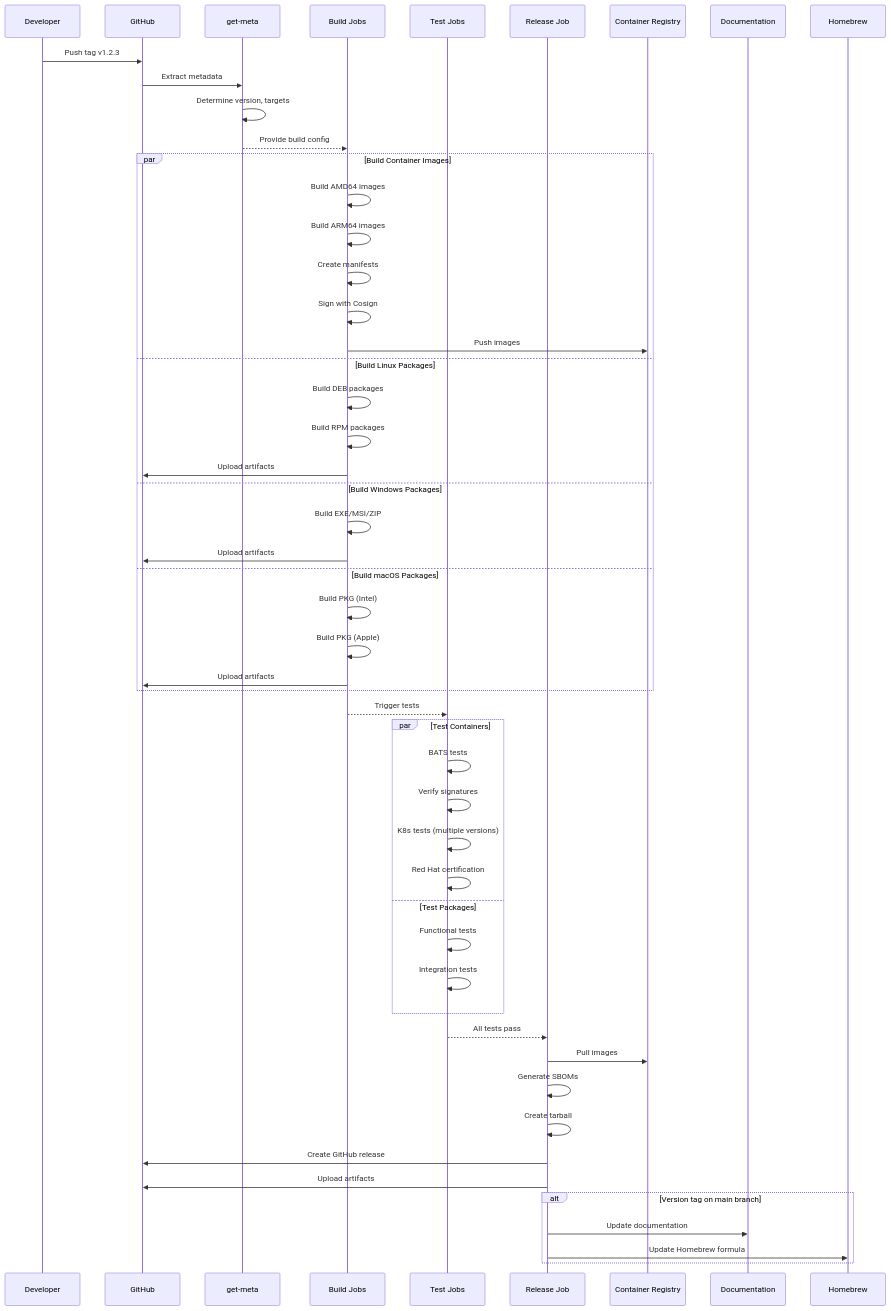
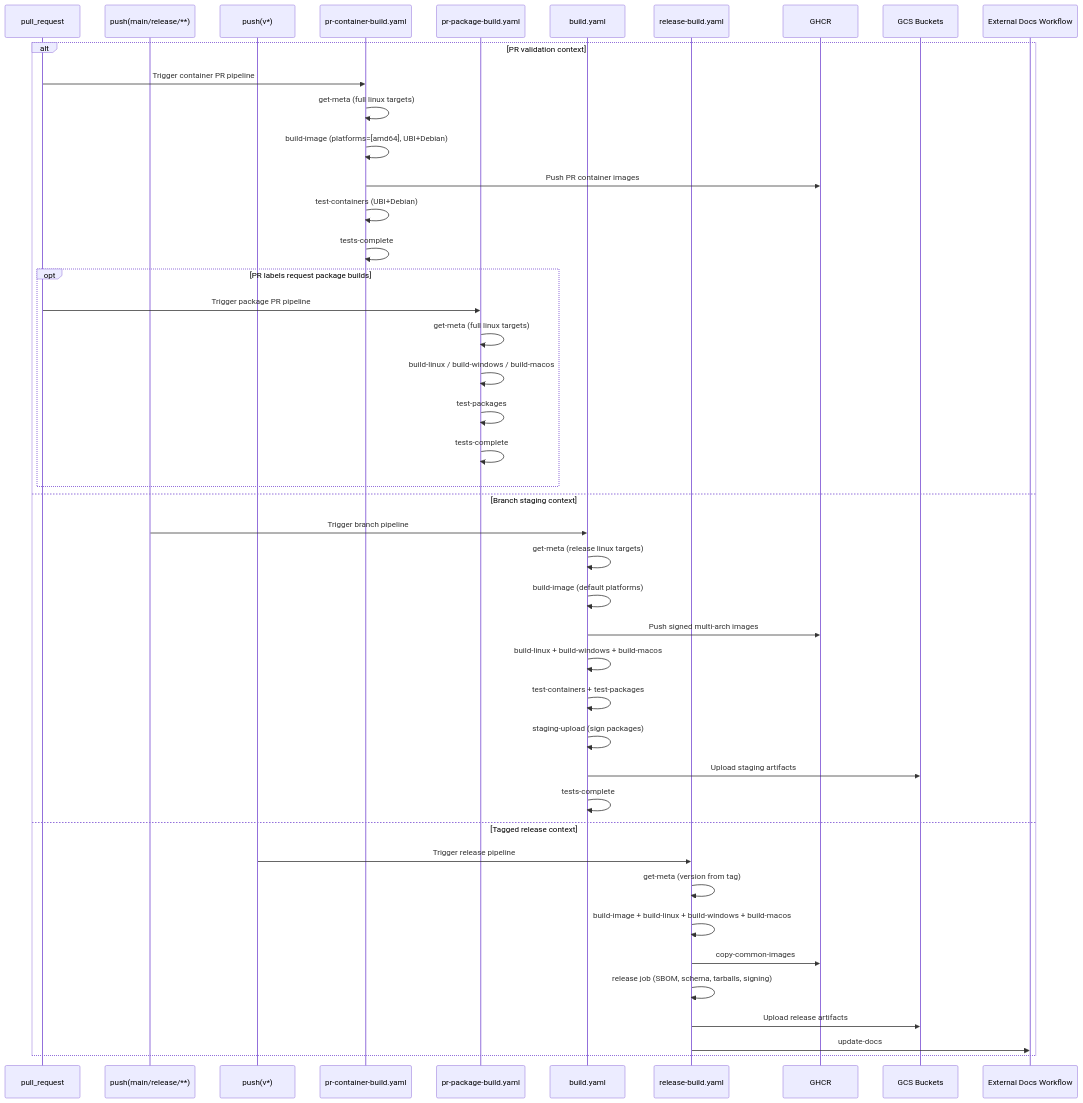
The first of 4 diagrams in .github/workflows/README.md (JackPGreen/agent), drawn with Mermaid before and after one commit. The commit also changed other lines of this file and 30 other files, not shown here.

````diff
--- a/.github/workflows/README.md
+++ b/.github/workflows/README.md
@@ -591,61 +910,47 @@
 ```mermaid
 sequenceDiagram
-    participant Dev as Developer
-    participant GH as GitHub
-    participant Meta as get-meta
-    participant Build as Build Jobs
-    participant Test as Test Jobs
-    participant Release as Release Job
-    participant Registry as Container Registry
-    participant Docs as Documentation
-    participant Brew as Homebrew
+  participant PR as pull_request
+  participant Push as push(main/release/**)
+  participant Tag as push(v*)
+  participant PRContainer as pr-container-build.yaml
+  participant PRPackage as pr-package-build.yaml
+  participant BranchBuild as build.yaml
+  participant RelBuild as release-build.yaml
+  participant Registry as GHCR
+  participant GCS as GCS Buckets
+  participant Docs as External Docs Workflow
 
-    Dev->>GH: Push tag v1.2.3
-    GH->>Meta: Extract metadata
-    Meta->>Meta: Determine version, targets
-    Meta-->>Build: Provide build config
-    
-    par Build Container Images
-        Build->>Build: Build AMD64 images
-        Build->>Build: Build ARM64 images
-        Build->>Build: Create manifests
-        Build->>Build: Sign with Cosign
-        Build->>Registry: Push images
-    and Build Linux Packages
-        Build->>Build: Build DEB packages
-        Build->>Build: Build RPM packages
-        Build->>GH: Upload artifacts
-    and Build Windows Packages
-        Build->>Build: Build EXE/MSI/ZIP
-        Build->>GH: Upload artifacts
-    and Build macOS Packages
-        Build->>Build: Build PKG (Intel)
-        Build->>Build: Build PKG (Apple)
-        Build->>GH: Upload artifacts
+  alt PR validation context
+    PR->>PRContainer: Trigger container PR pipeline
+    PRContainer->>PRContainer: get-meta (full linux targets)
+    PRContainer->>PRContainer: build-image (platforms=[amd64], UBI+Debian)
+    PRContainer->>Registry: Push PR container images
+    PRContainer->>PRContainer: test-containers (UBI+Debian)
+    PRContainer->>PRContainer: tests-complete
+    opt PR labels request package builds
+      PR->>PRPackage: Trigger package PR pipeline
+      PRPackage->>PRPackage: get-meta (full linux targets)
+      PRPackage->>PRPackage: build-linux / build-windows / build-macos
+      PRPackage->>PRPackage: test-packages
+      PRPackage->>PRPackage: tests-complete
     end
-    
-    Build-->>Test: Trigger tests
-    
-    par Test Containers
-        Test->>Test: BATS tests
-        Test->>Test: Verify signatures
-        Test->>Test: K8s tests (multiple versions)
-        Test->>Test: Red Hat certification
-    and Test Packages
-        Test->>Test: Functional tests
-        Test->>Test: Integration tests
-    end
-    
-    Test-->>Release: All tests pass
-    
-    Release->>Registry: Pull images
-    Release->>Release: Generate SBOMs
-    Release->>Release: Create tarball
-    Release->>GH: Create GitHub release
-    Release->>GH: Upload artifacts
-    
-    alt Version tag on main branch
-        Release->>Docs: Update documentation
-        Release->>Brew: Update Homebrew formula
-    end
+  else Branch staging context
+    Push->>BranchBuild: Trigger branch pipeline
+    BranchBuild->>BranchBuild: get-meta (release linux targets)
+    BranchBuild->>BranchBuild: build-image (default platforms)
+    BranchBuild->>Registry: Push signed multi-arch images
+    BranchBuild->>BranchBuild: build-linux + build-windows + build-macos
+    BranchBuild->>BranchBuild: test-containers + test-packages
+    BranchBuild->>BranchBuild: staging-upload (sign packages)
+    BranchBuild->>GCS: Upload staging artifacts
+    BranchBuild->>BranchBuild: tests-complete
+  else Tagged release context
+    Tag->>RelBuild: Trigger release pipeline
+    RelBuild->>RelBuild: get-meta (version from tag)
+    RelBuild->>RelBuild: build-image + build-linux + build-windows + build-macos
+    RelBuild->>Registry: copy-common-images
+    RelBuild->>RelBuild: release job (SBOM, schema, tarballs, signing)
+    RelBuild->>GCS: Upload release artifacts
+    RelBuild->>Docs: update-docs
+  end
 ```
````
